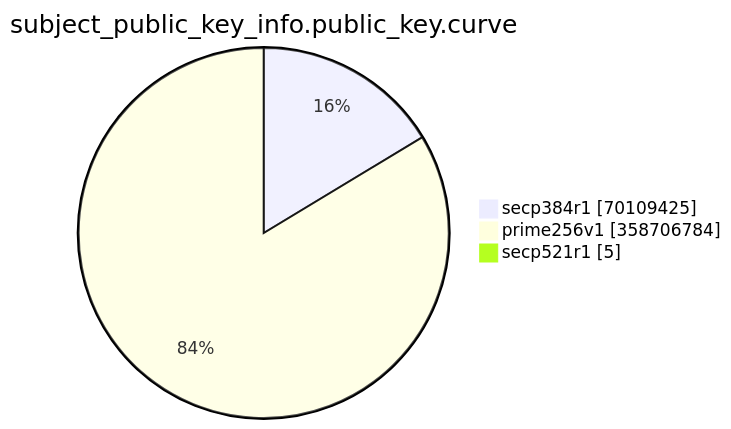
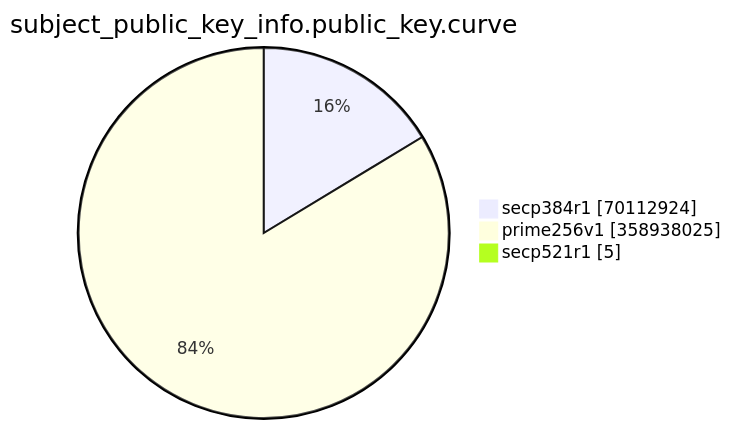
One commit to christiankrug/ctmonitor_visualization changed the eighth of 15 diagrams in TOTAL/README.md. Above: the diagram before and after it, drawn with Mermaid. The commit also changed other lines of this file, not shown here.

````diff
--- a/TOTAL/README.md
+++ b/TOTAL/README.md
@@ -3082,7 +3083,7 @@
 ```mermaid
 pie showData
 title subject_public_key_info.public_key.curve
-"secp384r1" :70109425
-"prime256v1" :358706784
+"secp384r1" :70112924
+"prime256v1" :358938025
 "secp521r1" :5
 ```
````
